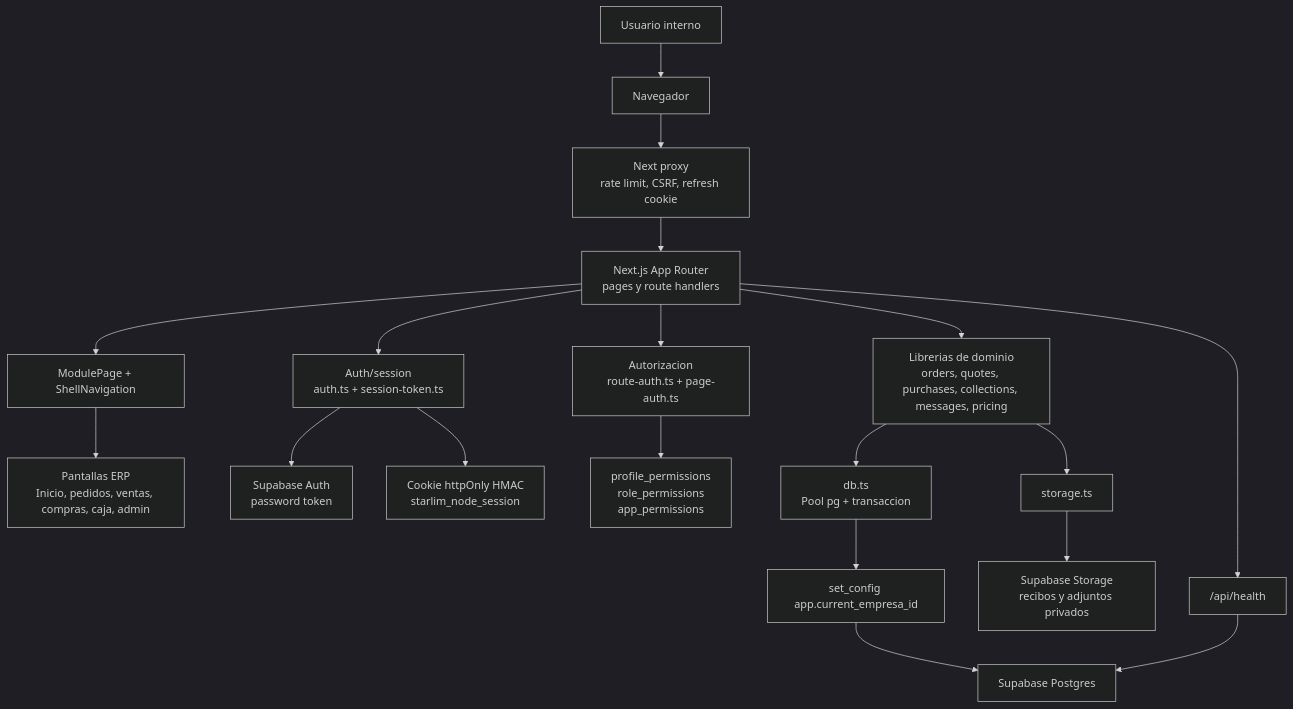
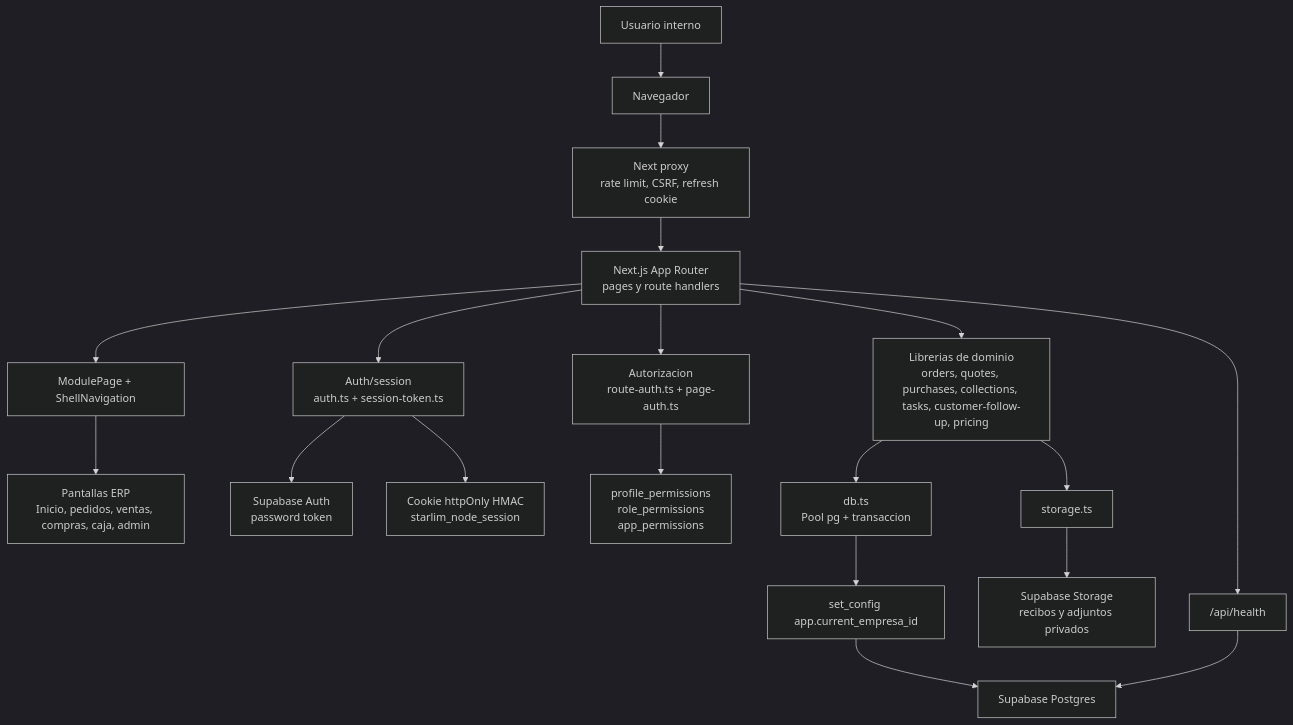
Before and after one commit to tomaslaserna/starlom.cambiodelenguage: the first of 8 diagrams in docs/project-flow.md, drawn with Mermaid (dark theme). The commit also changed other lines of this file and 36 other files, not shown here.

Commit message:
Remove internal messaging and isolate tasks and customer follow-up

````diff
--- a/docs/project-flow.md
+++ b/docs/project-flow.md
@@ -10,27 +10,27 @@
 ```mermaid
 flowchart TB
   U["Usuario interno"] --> B["Navegador"]
   B --> P["Next proxy<br/>rate limit, CSRF, refresh cookie"]
   P --> R["Next.js App Router<br/>pages y route handlers"]
 
   R --> Shell["ModulePage + ShellNavigation"]
   Shell --> UI["Pantallas ERP<br/>Inicio, pedidos, ventas, compras, caja, admin"]
 
   R --> Auth["Auth/session<br/>auth.ts + session-token.ts"]
   Auth --> SA["Supabase Auth<br/>password token"]
   Auth --> Cookie["Cookie httpOnly HMAC<br/>starlim_node_session"]
 
   R --> Perms["Autorizacion<br/>route-auth.ts + page-auth.ts"]
   Perms --> PermDb["profile_permissions<br/>role_permissions<br/>app_permissions"]
 
-  R --> Libs["Librerias de dominio<br/>orders, quotes, purchases, collections, messages, pricing"]
+  R --> Libs["Librerias de dominio<br/>orders, quotes, purchases, collections, tasks, customer-follow-up, pricing"]
   Libs --> DB["db.ts<br/>Pool pg + transaccion"]
   DB --> Ctx["set_config app.current_empresa_id"]
   Ctx --> PG["Supabase Postgres"]
 
   Libs --> Storage["storage.ts"]
   Storage --> SupaStorage["Supabase Storage<br/>recibos y adjuntos privados"]
 
   R --> Health["/api/health"]
   Health --> PG
 ```
````
